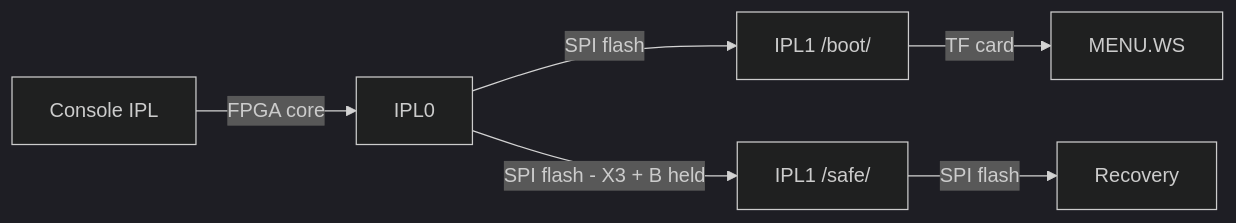
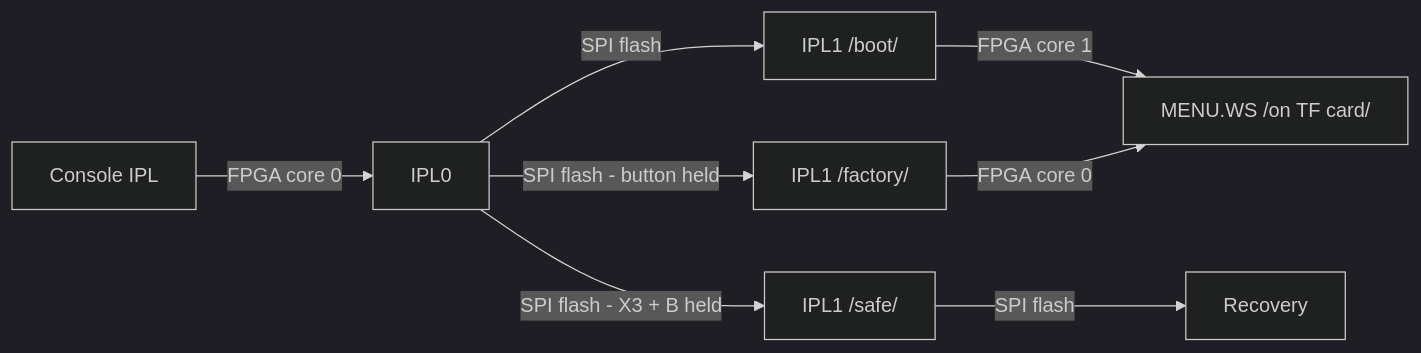
Before and after one commit to 49bitcat/nileswan: the diagram in docs/content/developer/boot_procedure.md, drawn with Mermaid (dark theme). The commit also changed other lines of this file, not shown here.

Commit message:
docs: document ipl1 factory

```diff
--- a/docs/content/developer/boot_procedure.md
+++ b/docs/content/developer/boot_procedure.md
@@ -8,8 +8,10 @@
 {{< mermaid class="text-center" >}}
 flowchart LR
-    C[Console IPL] -->|FPGA core| A0[IPL0]
+    C[Console IPL] -->|FPGA core 0| A0[IPL0]
     A0 -->|SPI flash| A1[IPL1 /boot/]
+    A0 -->|SPI flash - button held| A5[IPL1 /factory/]
     A0 -->|SPI flash - X3 + B held| A3[IPL1 /safe/]
     A3 -->|SPI flash| A4[Recovery]
-    A1 -->|TF card| A2[MENU.WS]
+    A1 -->|FPGA core 1| A2[MENU.WS /on TF card/]
+    A5 -->|FPGA core 0| A2[MENU.WS /on TF card/]
 {{< /mermaid >}}
```
